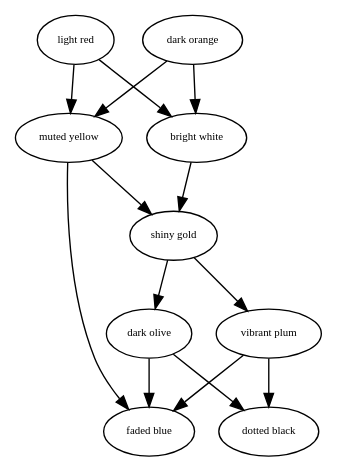
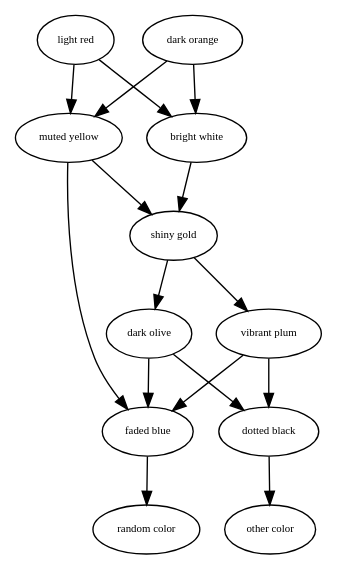
Before and after one commit to alkhatib-shopify/aoc-cli: the diagram in graph.dot, drawn with Graphviz. The commit also changed 2 other files, not shown here.

```diff
--- a/graph.dot
+++ b/graph.dot
@@ -1,98 +1,116 @@
 digraph RGL__DirectedAdjacencyGraph {
     "light red" [
         fontsize = 8,
         label = "light red"
     ]
 
     "bright white" [
         fontsize = 8,
         label = "bright white"
     ]
 
     "muted yellow" [
         fontsize = 8,
         label = "muted yellow"
     ]
 
     "dark orange" [
         fontsize = 8,
         label = "dark orange"
     ]
 
     "shiny gold" [
         fontsize = 8,
         label = "shiny gold"
     ]
 
     "faded blue" [
         fontsize = 8,
         label = "faded blue"
     ]
 
     "dark olive" [
         fontsize = 8,
         label = "dark olive"
     ]
 
     "vibrant plum" [
         fontsize = 8,
         label = "vibrant plum"
     ]
 
     "dotted black" [
         fontsize = 8,
         label = "dotted black"
     ]
 
+    "random color" [
+        fontsize = 8,
+        label = "random color"
+    ]
+
+    "other color" [
+        fontsize = 8,
+        label = "other color"
+    ]
+
     "light red" -> "bright white" [
         fontsize = 8
     ]
 
     "light red" -> "muted yellow" [
         fontsize = 8
     ]
 
     "bright white" -> "shiny gold" [
         fontsize = 8
     ]
 
     "muted yellow" -> "shiny gold" [
         fontsize = 8
     ]
 
     "muted yellow" -> "faded blue" [
         fontsize = 8
     ]
 
     "dark orange" -> "bright white" [
         fontsize = 8
     ]
 
     "dark orange" -> "muted yellow" [
         fontsize = 8
     ]
 
     "shiny gold" -> "dark olive" [
         fontsize = 8
     ]
 
     "shiny gold" -> "vibrant plum" [
         fontsize = 8
     ]
 
+    "faded blue" -> "random color" [
+        fontsize = 8
+    ]
+
     "dark olive" -> "faded blue" [
         fontsize = 8
     ]
 
     "dark olive" -> "dotted black" [
         fontsize = 8
     ]
 
     "vibrant plum" -> "faded blue" [
         fontsize = 8
     ]
 
     "vibrant plum" -> "dotted black" [
         fontsize = 8
     ]
+
+    "dotted black" -> "other color" [
+        fontsize = 8
+    ]
 }
```
